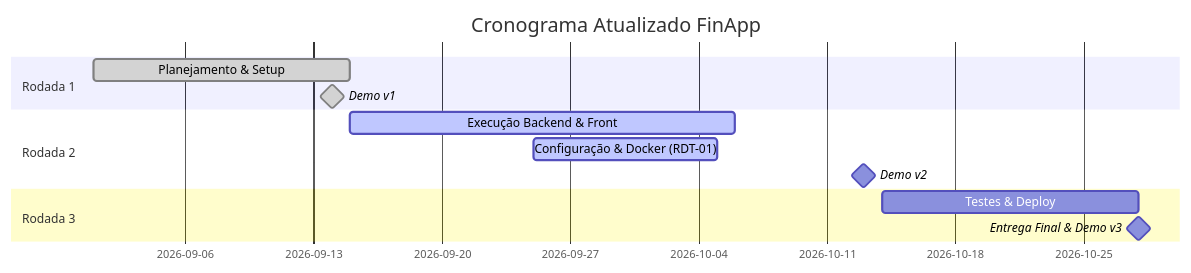
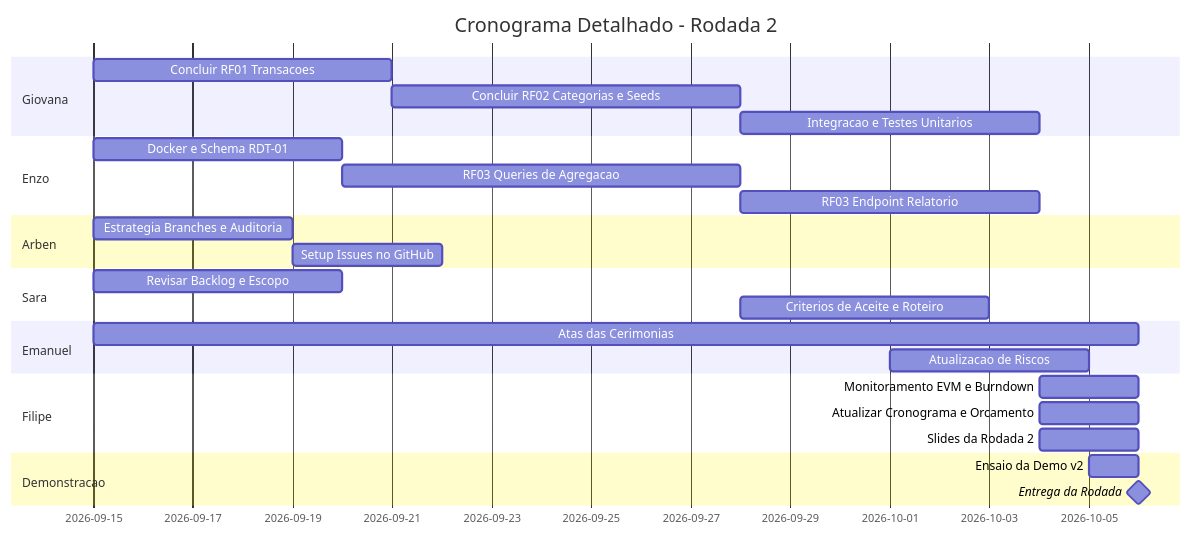
The diagram in docs/plano-projeto/secao-5-cronograma-orcamento.md (ArbenTafili/finapp_Uff), drawn with Mermaid before and after one commit. The commit also changed other lines of this file, not shown here.

Commit message:
Feature/#14 cronograma orcamento (#57)
* docs(gestao): atualiza cronograma Gantt e orcamento pos-RDT-01 #14

* docs(gestao): registra acompanhamento individual de horas e entregas na secao 9 #14

* docs(gestao): detalha tarefas individuais no grafico Gantt

* fix(docs): corrige erro de sintaxe do mermaid no gantt

* fix(docs): evita uso da palavra reservada gantt nas tarefas do mermaid

* fix(docs): ajusta tarefas de gestao para data atual no grafico gantt

* docs(gestao): finaliza cronograma atualizado com entrega para a data de hoje #14

---------

````diff
--- a/docs/plano-projeto/secao-5-cronograma-orcamento.md
+++ b/docs/plano-projeto/secao-5-cronograma-orcamento.md
@@ -9,15 +9,36 @@
 ```mermaid
 gantt
-    title Cronograma Atualizado FinApp
+    title Cronograma Detalhado - Rodada 2
     dateFormat  YYYY-MM-DD
-    section Rodada 1
-    Planejamento & Setup       :done, a1, 2026-09-01, 14d
-    Demo v1                    :done, milestone, m1, 2026-09-14, 0d
-    section Rodada 2
-    Execução Backend & Front   :active, a2, 2026-09-15, 21d
-    Configuração & Docker (RDT-01):active, a3, 2026-09-25, 10d
-    Demo v2                    :milestone, m2, 2026-10-13, 0d
-    section Rodada 3
-    Testes & Deploy            :a4, 2026-10-14, 14d
-    Entrega Final & Demo v3    :milestone, m3, 2026-10-28, 0d
+    
+    section Giovana
+    Concluir RF01 Transacoes          :a1, 2026-09-15, 6d
+    Concluir RF02 Categorias e Seeds  :a2, after a1, 7d
+    Integracao e Testes Unitarios     :a3, after a2, 6d
+    
+    section Enzo
+    Docker e Schema RDT-01            :b1, 2026-09-15, 5d
+    RF03 Queries de Agregacao         :b2, after b1, 8d
+    RF03 Endpoint Relatorio           :b3, after b2, 6d
+    
+    section Arben
+    Estrategia Branches e Auditoria   :c1, 2026-09-15, 4d
+    Setup Issues no GitHub            :c2, after c1, 3d
+    
+    section Sara
+    Revisar Backlog e Escopo          :d1, 2026-09-15, 5d
+    Criterios de Aceite e Roteiro     :d2, 2026-09-28, 5d
+    
+    section Emanuel
+    Atas das Cerimonias               :e1, 2026-09-15, 21d
+    Atualizacao de Riscos             :e2, 2026-10-01, 4d
+    
+    section Filipe
+    Monitoramento EVM e Burndown      :f1, 2026-10-04, 2d
+    Atualizar Cronograma e Orcamento  :f2, 2026-10-04, 2d
+    Slides da Rodada 2                :f3, 2026-10-04, 2d
+    
+    section Demonstracao
+    Ensaio da Demo v2                 :g1, 2026-10-05, 1d
+    Entrega da Rodada                 :milestone, m1, 2026-10-06, 0d
 ```
````
